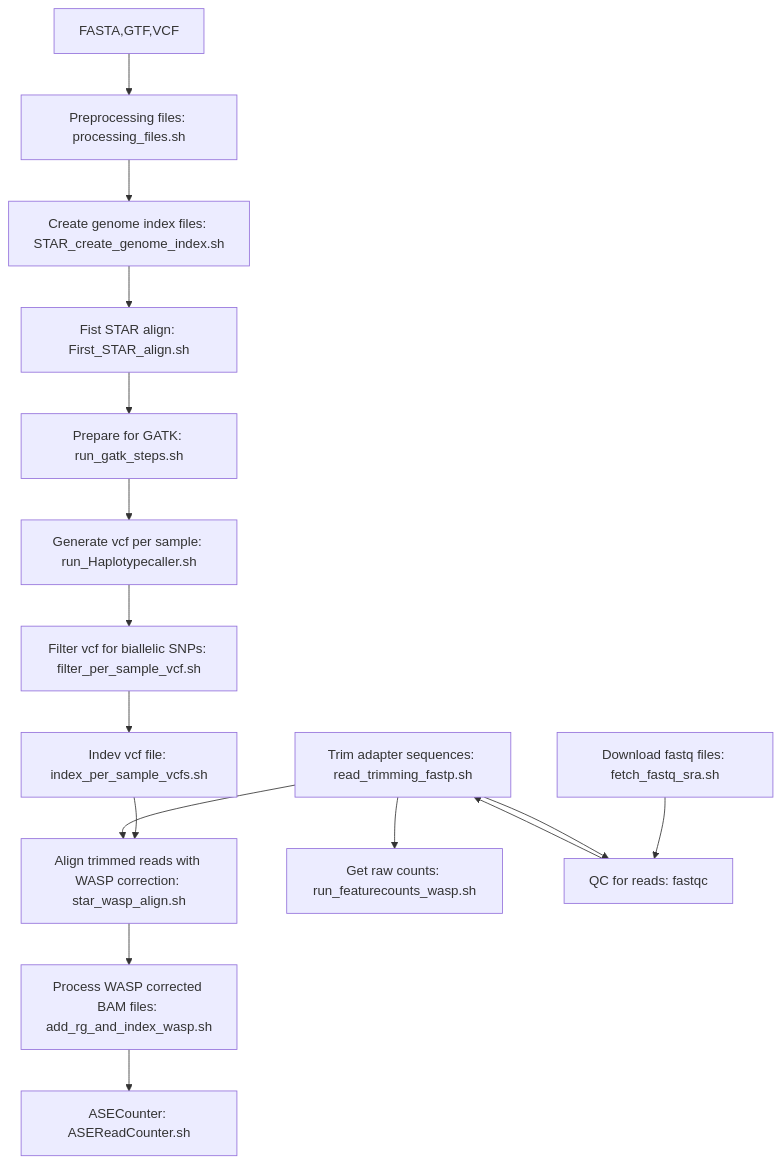
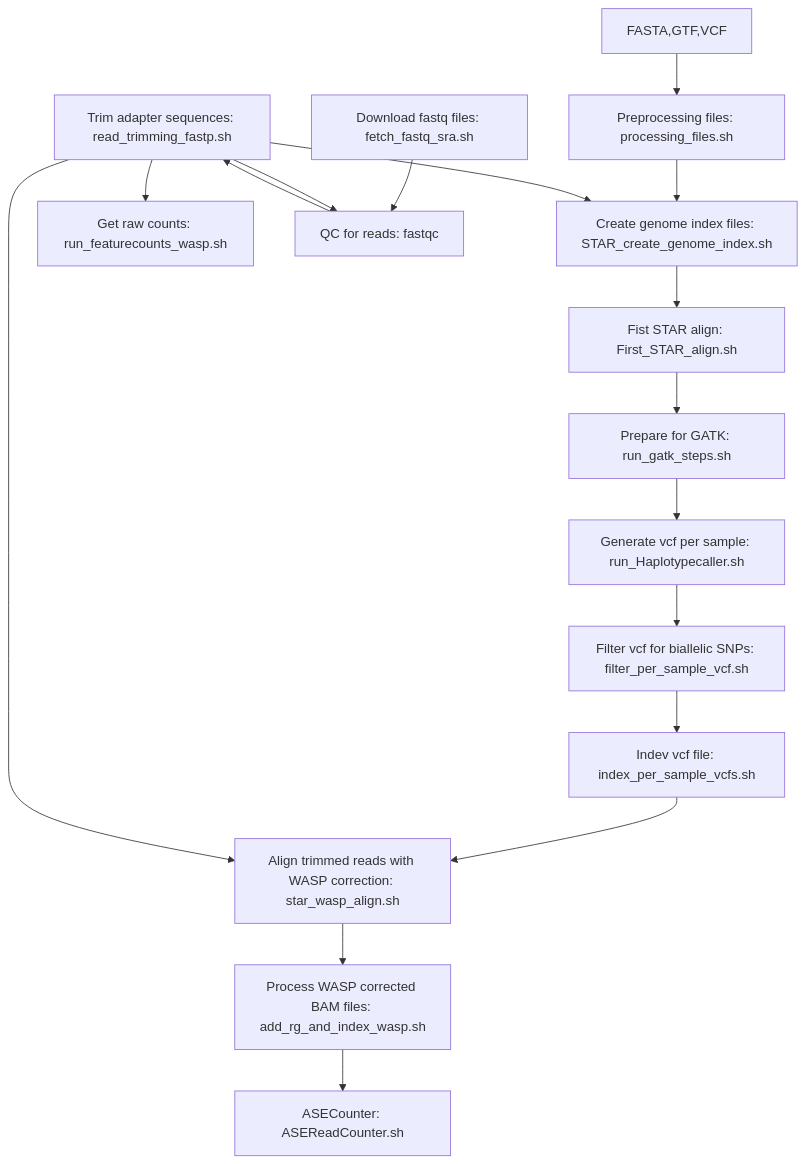
The diagram in README.md (macsbio/HD-ASE-NBS), drawn with Mermaid before and after one commit.

Commit message:
Add genome index creation step to pipeline

````diff
--- a/README.md
+++ b/README.md
@@ -16,18 +16,19 @@
 ```mermaid
 flowchart TD
     A[FASTA,GTF,VCF] --> B[Preprocessing files: processing_files.sh]
     B --> C[Create genome index files: STAR_create_genome_index.sh]
     C --> D[Fist STAR align: First_STAR_align.sh]
     D --> E[Prepare for GATK: run_gatk_steps.sh]
     E --> F[Generate vcf per sample: run_Haplotypecaller.sh]
     F --> G[Filter vcf for biallelic SNPs: filter_per_sample_vcf.sh]
     G --> H[Indev vcf file: index_per_sample_vcfs.sh]
     H --> I[Align trimmed reads with WASP correction: star_wasp_align.sh]
     I --> J[Process WASP corrected BAM files: add_rg_and_index_wasp.sh]
     O --> K[Get raw counts: run_featurecounts_wasp.sh]
     J --> L[ASECounter: ASEReadCounter.sh]
     M[Download fastq files: fetch_fastq_sra.sh] --> N[QC for reads: fastqc]
     N --> O[Trim adapter sequences: read_trimming_fastp.sh]
     O --> N
-    O --> I[Align trimmed reads with WASP correction: star_wasp_align.sh]    
+    O --> I[Align trimmed reads with WASP correction: star_wasp_align.sh]
+    O --> C[Create genome index files: STAR_create_genome_index.sh]
 ```
````
